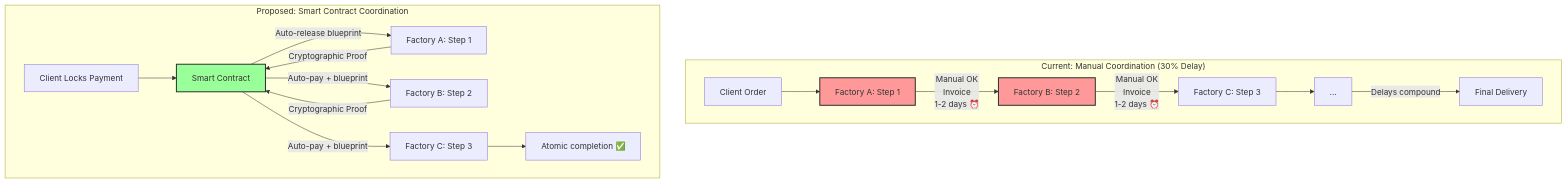
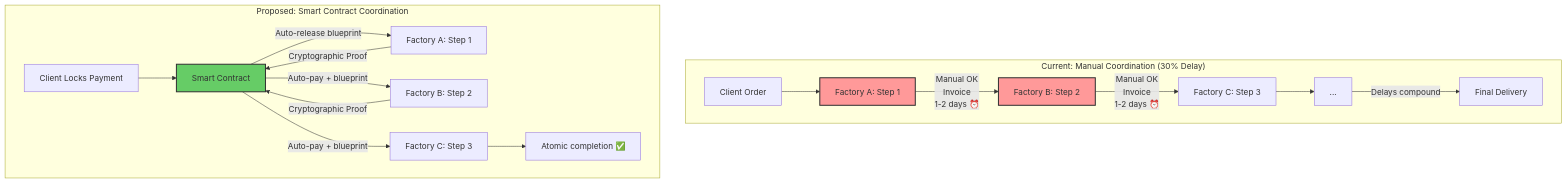
The eighth of 16 diagrams in Industry/Blockchain/Blockchain/ValueChain/QA_DeepSeek.md (ljg-cqu/knowledge), drawn with Mermaid before and after one commit. The commit also changed other lines of this file and 6 other files, not shown here.

````diff
--- a/Industry/Blockchain/Blockchain/ValueChain/QA_DeepSeek.md
+++ b/Industry/Blockchain/Blockchain/ValueChain/QA_DeepSeek.md
@@ -673,24 +673,24 @@
 ```mermaid
 graph TD
     subgraph "Current: Manual Coordination (30% Delay)"
         A1[Client Order] --> B1[Factory A: Step 1]
         B1 -->|Manual OK<br>Invoice<br>1-2 days ⏰| C1[Factory B: Step 2]
         C1 -->|Manual OK<br>Invoice<br>1-2 days ⏰| D1[Factory C: Step 3]
         D1 --> E1[...]
         E1 -->|Delays compound| F1[Final Delivery]
     end
     
     subgraph "Proposed: Smart Contract Coordination"
         A2[Client Locks Payment] --> B2[Smart Contract]
         B2 -->|Auto-release blueprint| C2[Factory A: Step 1]
         C2 -->|Cryptographic Proof| B2
         B2 -->|Auto-pay + blueprint| D2[Factory B: Step 2]
         D2 -->|Cryptographic Proof| B2
         B2 -->|Auto-pay + blueprint| E2[Factory C: Step 3]
         E2 --> F2[Atomic completion ✅]
     end
     
     style B1 fill:#f99,stroke:#333,stroke-width:2px
     style C1 fill:#f99,stroke:#333,stroke-width:2px
-    style B2 fill:#9f9,stroke:#333,stroke-width:2px
+    style B2 fill:#6c6,stroke:#333,stroke-width:2px
 ```
````
